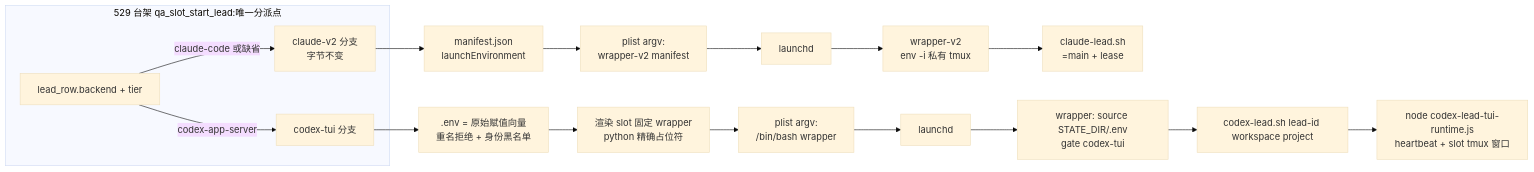
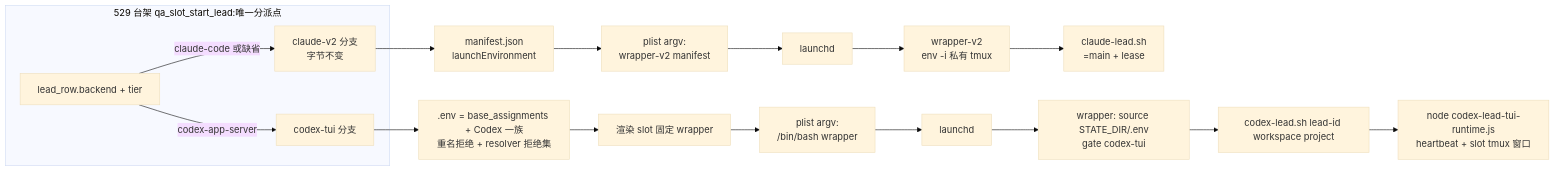
One commit to xrliAnnie/flywheel-qa-sandbox changed the first of 3 diagrams in engineering/doc/FLY-2301-codex-lead-bench/plan.md. Above: the diagram before and after it, drawn with Mermaid (base theme). The commit also changed other lines of this file, not shown here.

Commit message:
docs: FLY-2301 plan rev4 — apply Codex R3 findings (one-line prod change, base env vector, resolver deny set, legacy teardown fast path)

````diff
--- a/engineering/doc/FLY-2301-codex-lead-bench/plan.md
+++ b/engineering/doc/FLY-2301-codex-lead-bench/plan.md
@@ -49,9 +49,9 @@
 ```mermaid
 flowchart LR
   subgraph bench[529 台架 qa_slot_start_lead:唯一分派点]
     R[lead_row.backend + tier] -->|claude-code 或缺省| C0[claude-v2 分支<br/>字节不变]
     R -->|codex-app-server| X0[codex-tui 分支]
   end
   C0 --> C1[manifest.json<br/>launchEnvironment] --> C2[plist argv:<br/>wrapper-v2 manifest] --> C3[launchd] --> C4[wrapper-v2<br/>env -i 私有 tmux] --> C5[claude-lead.sh<br/>=main + lease]
-  X0 --> X1[.env = 原始赋值向量<br/>重名拒绝 + 身份黑名单] --> X2[渲染 slot 固定 wrapper<br/>python 精确占位符] --> X3[plist argv:<br/>/bin/bash wrapper] --> X4[launchd] --> X5[wrapper: source STATE_DIR/.env<br/>gate codex-tui] --> X6[codex-lead.sh lead-id workspace project] --> X7[node codex-lead-tui-runtime.js<br/>heartbeat + slot tmux 窗口]
+  X0 --> X1[.env = base_assignments + Codex 一族<br/>重名拒绝 + resolver 拒绝集] --> X2[渲染 slot 固定 wrapper] --> X3[plist argv:<br/>/bin/bash wrapper] --> X4[launchd] --> X5[wrapper: source STATE_DIR/.env<br/>gate codex-tui] --> X6[codex-lead.sh lead-id workspace project] --> X7[node codex-lead-tui-runtime.js<br/>heartbeat + slot tmux 窗口]
 ```
````
